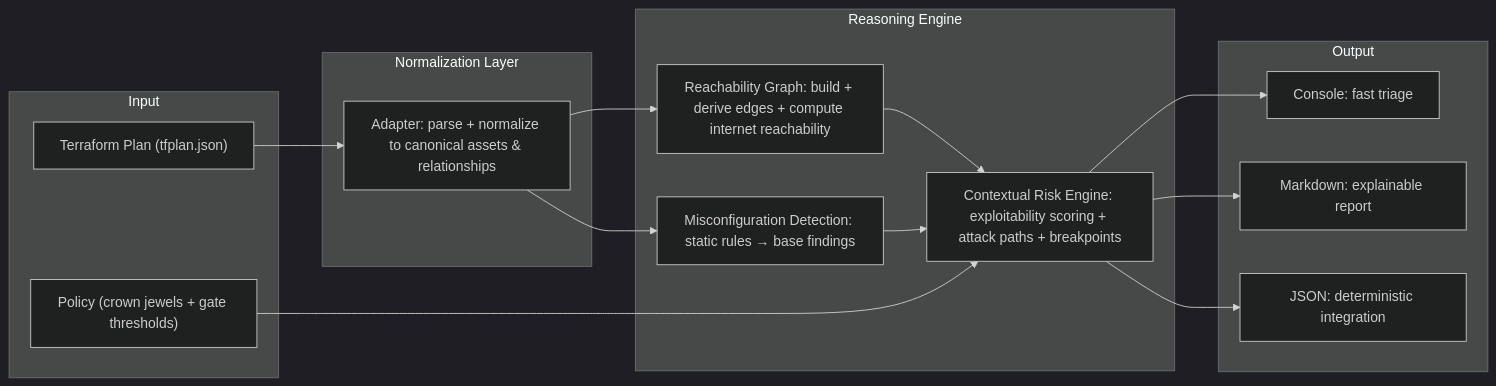
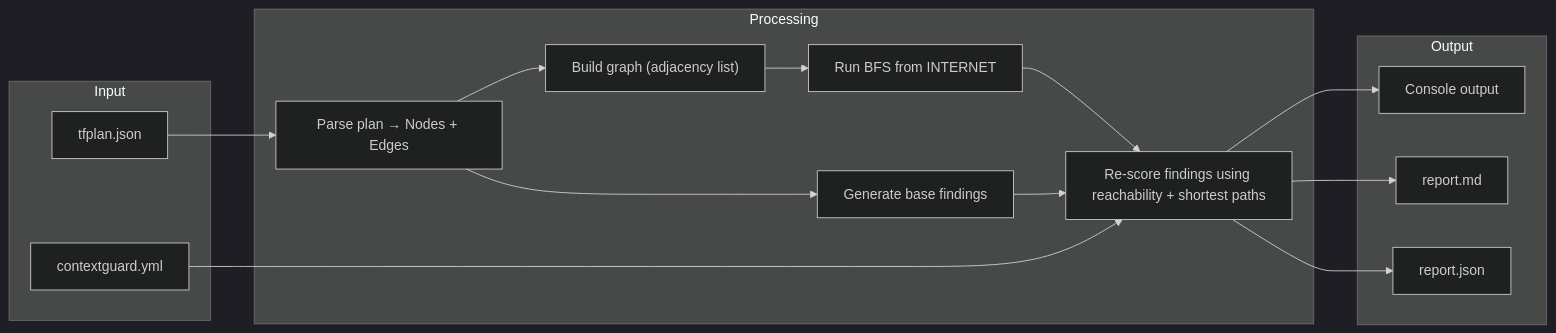
The diagram in README.md (shakedarazi/ContextGuard), drawn with Mermaid (dark theme) before and after one commit.

Commit message:
final graphhhh

````diff
--- a/README.md
+++ b/README.md
@@ -32,33 +32,32 @@
 ```mermaid
 flowchart LR
   subgraph Input
-    A["Terraform Plan (tfplan.json)"]
-    B["Policy (crown jewels + gate thresholds)"]
+    A["tfplan.json"]
+    B["contextguard.yml"]
   end
 
-  subgraph Normalize["Normalization Layer"]
-    C["Adapter: parse + normalize to canonical assets & relationships"]
-  end
-
-  subgraph Reason["Reasoning Engine"]
-    D["Reachability Graph: build + derive edges + compute internet reachability"]
-    E["Misconfiguration Detection: static rules → base findings"]
-    F["Contextual Risk Engine: exploitability scoring + attack paths + breakpoints"]
+  subgraph Processing
+    C["Parse plan → Nodes + Edges"]
+    D["Build graph (adjacency list)"]
+    E["Run BFS from INTERNET"]
+    F["Generate base findings"]
+    G["Re-score findings using reachability + shortest paths"]
   end
 
   subgraph Output
-    G["Console: fast triage"]
-    H["Markdown: explainable report"]
-    I["JSON: deterministic integration"]
+    H["Console output"]
+    I["report.md"]
+    J["report.json"]
   end
 
   A --> C
   C --> D
-  C --> E
-  D --> F
-  E --> F
-  B --> F
+  D --> E
+  C --> F
+  E --> G
   F --> G
-  F --> H
-  F --> I
+  B --> G
+  G --> H
+  G --> I
+  G --> J
 ```
````
